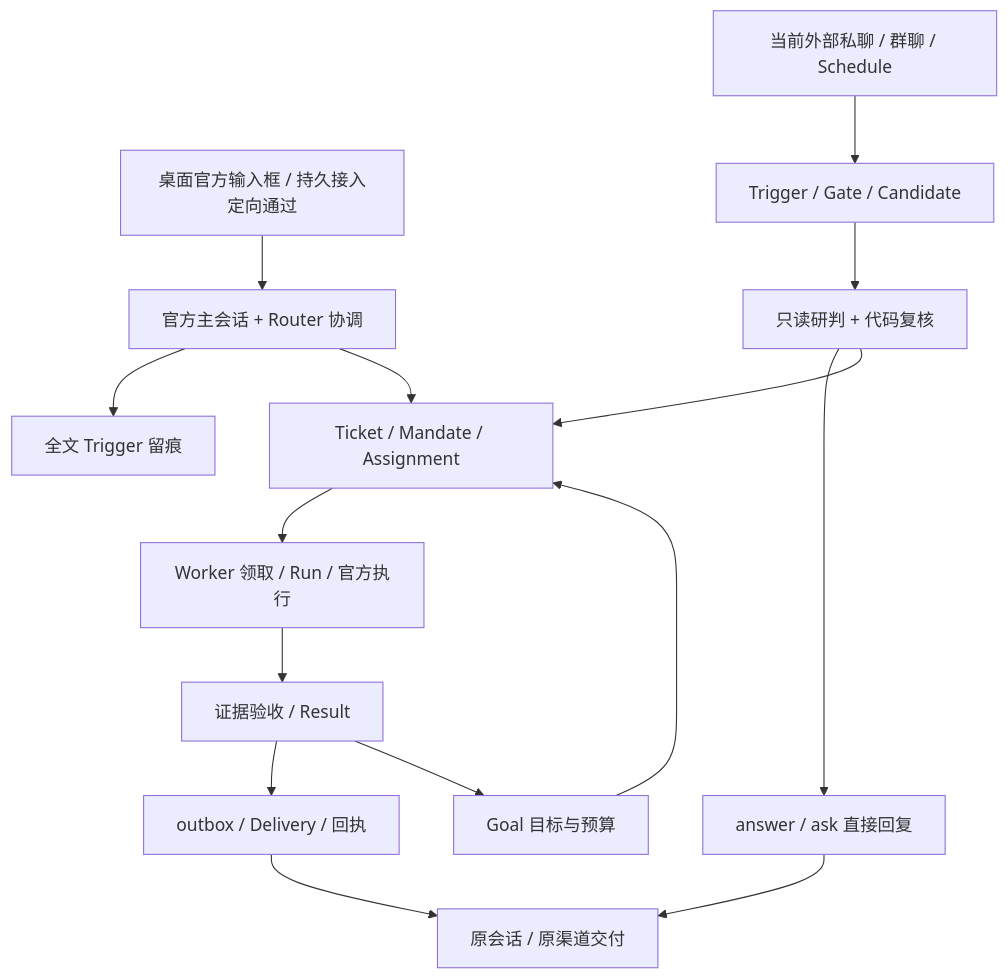
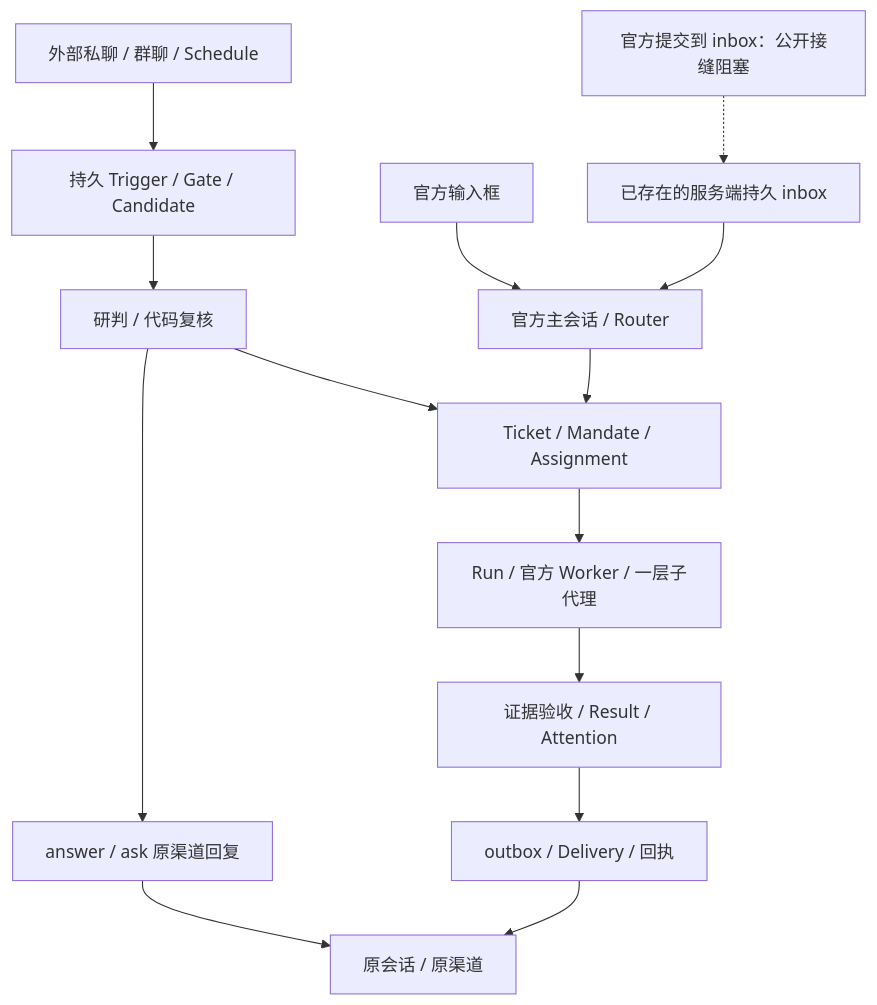
The diagram in docs/06-superagent/现状.md (zhuogo/BenchGo), drawn with Mermaid before and after one commit. The commit also changed other lines of this file and 233 other files, not shown here.

````diff
--- a/docs/06-superagent/现状.md
+++ b/docs/06-superagent/现状.md
@@ -48,17 +36,16 @@
 ```mermaid
 flowchart TD
-  Desktop[桌面官方输入框 / 持久接入定向通过] --> Router[官方主会话 + Router 协调]
-  Router --> Trigger[全文 Trigger 留痕]
-  Channels[当前外部私聊 / 群聊 / Schedule] --> Gate[Trigger / Gate / Candidate]
-  Gate --> Eval[只读研判 + 代码复核]
-  Eval --> Direct[answer / ask 直接回复]
+  Desktop[官方输入框] --> Router[官方主会话 / Router]
+  Inbox[已存在的服务端持久 inbox] --> Router
+  Gap[官方提交到 inbox：公开接缝阻塞] -.-> Inbox
+  Channels[外部私聊 / 群聊 / Schedule] --> Gate[持久 Trigger / Gate / Candidate]
+  Gate --> Eval[研判 / 代码复核]
+  Eval --> Direct[answer / ask 原渠道回复]
   Eval --> Ticket[Ticket / Mandate / Assignment]
   Router --> Ticket
-  Ticket --> Worker[Worker 领取 / Run / 官方执行]
-  Worker --> Review[证据验收 / Result]
+  Ticket --> Worker[Run / 官方 Worker / 一层子代理]
+  Worker --> Review[证据验收 / Result / Attention]
   Review --> Outbox[outbox / Delivery / 回执]
-  Direct --> Output[原会话 / 原渠道交付]
+  Direct --> Output[原会话 / 原渠道]
   Outbox --> Output
-  Goal[Goal 目标与预算] --> Ticket
-  Review --> Goal
 ```
````
